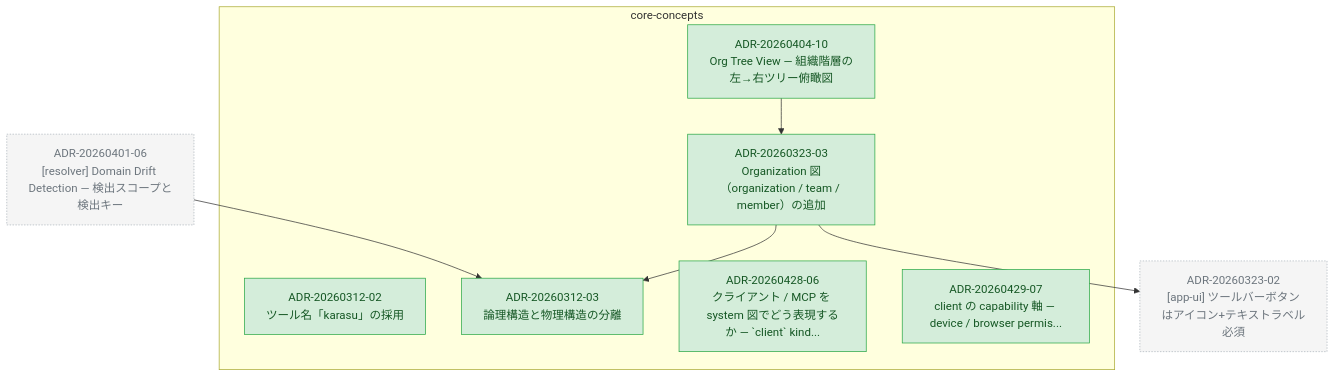
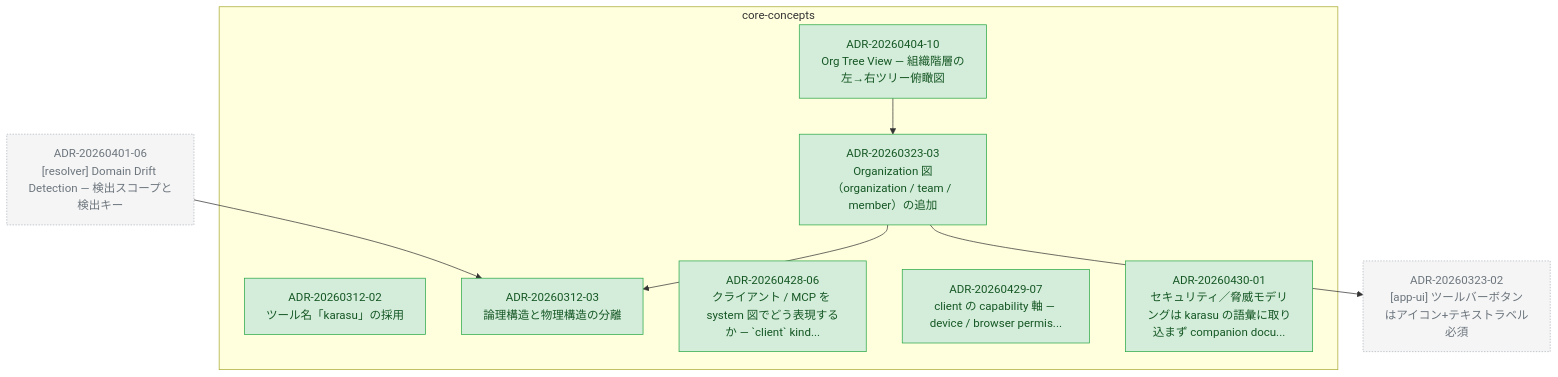
Before and after one commit to kompiro/karasu: the diagram in docs/adr/graph/core-concepts.md, drawn with Mermaid. The commit also changed other lines of this file and 4 other files, not shown here.

First line of the commit message:
docs(adr): security/threat modeling stays outside karasu vocabulary (#1037)

````diff
--- a/docs/adr/graph/core-concepts.md
+++ b/docs/adr/graph/core-concepts.md
@@ -6,32 +6,34 @@
 ```mermaid
 flowchart TD
   subgraph core-concepts["core-concepts"]
     ADR_20260312_02["ADR-20260312-02<br/>ツール名「karasu」の採用"]
     ADR_20260312_03["ADR-20260312-03<br/>論理構造と物理構造の分離"]
     ADR_20260323_03["ADR-20260323-03<br/>Organization 図（organization / team / member）の追加"]
     ADR_20260404_10["ADR-20260404-10<br/>Org Tree View — 組織階層の左→右ツリー俯瞰図"]
     ADR_20260428_06["ADR-20260428-06<br/>クライアント / MCP を system 図でどう表現するか — `client` kind..."]
     ADR_20260429_07["ADR-20260429-07<br/>client の capability 軸 — device / browser permis..."]
+    ADR_20260430_01["ADR-20260430-01<br/>セキュリティ／脅威モデリングは karasu の語彙に取り込まず companion docu..."]
   end
   ADR_20260323_02["ADR-20260323-02<br/>[app-ui] ツールバーボタンはアイコン+テキストラベル必須"]
   ADR_20260401_06["ADR-20260401-06<br/>[resolver] Domain Drift Detection — 検出スコープと検出キー"]
   ADR_20260323_03 --> ADR_20260312_03
   ADR_20260323_03 --> ADR_20260323_02
   ADR_20260404_10 --> ADR_20260323_03
   ADR_20260401_06 --> ADR_20260312_03
 
   classDef accepted fill:#d4edda,stroke:#28a745,color:#155724
   classDef proposed fill:#fff3cd,stroke:#ffc107,color:#856404
   classDef deprecated fill:#f8d7da,stroke:#dc3545,color:#721c24
   classDef superseded fill:#e2e3e5,stroke:#6c757d,color:#383d41
   classDef not_adopted fill:#e2e3e5,stroke:#6c757d,color:#383d41,stroke-dasharray:3 3
   classDef ghost fill:#f5f5f5,stroke:#adb5bd,color:#6c757d,stroke-dasharray:2 2
   class ADR_20260312_02 accepted
   class ADR_20260312_03 accepted
   class ADR_20260323_03 accepted
   class ADR_20260404_10 accepted
   class ADR_20260428_06 accepted
   class ADR_20260429_07 accepted
+  class ADR_20260430_01 accepted
   class ADR_20260323_02 ghost
   class ADR_20260401_06 ghost
 ```
````
